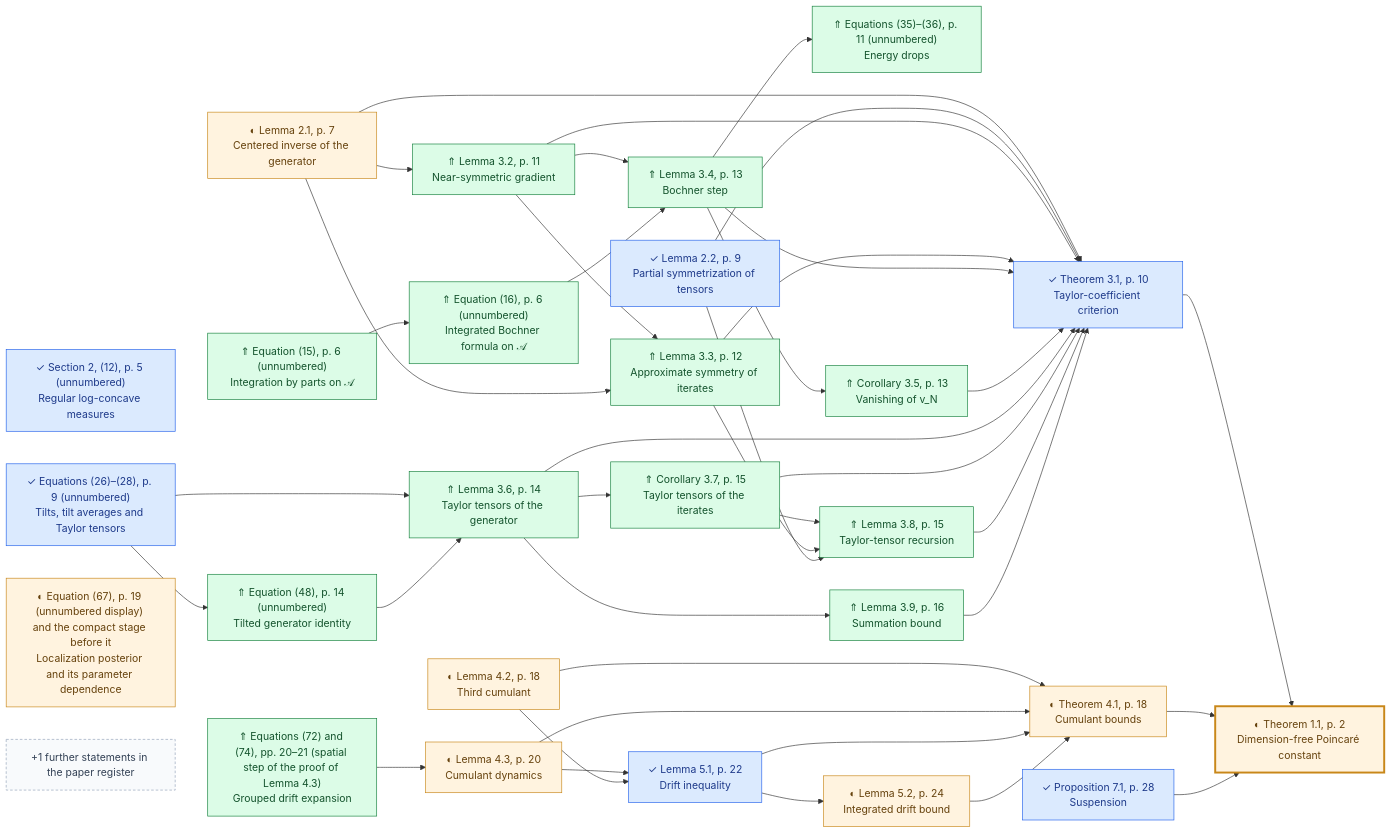
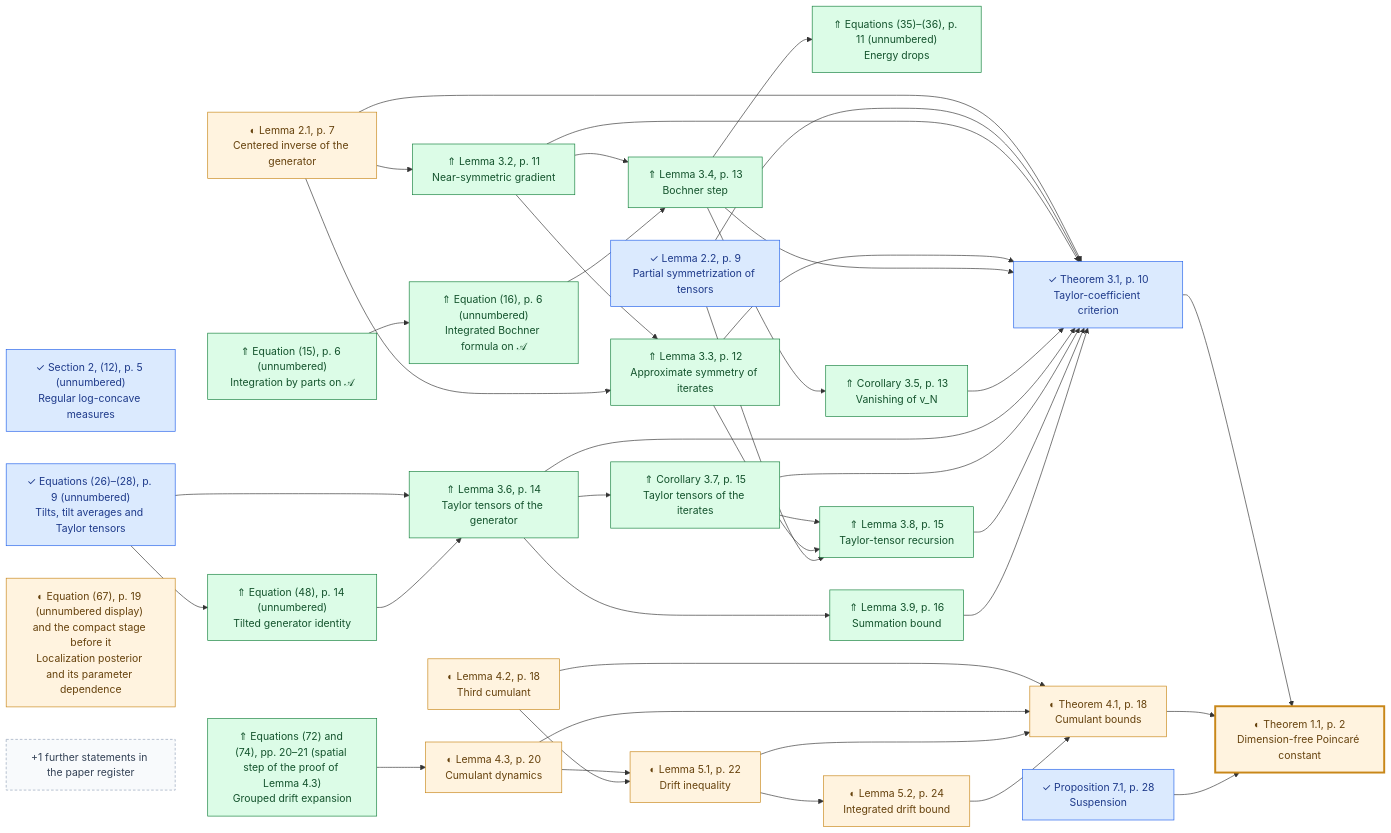
Before and after one commit to human-ai-mathematics/kls-lean: diagram 24 of 26 in research/progress/README.md, drawn with Mermaid. The commit also changed other lines of this file and 8 other files, not shown here.

First line of the commit message:
BKL Claude-controller batch 12: Lemma 5.1 in generator form, energy-form second order

````diff
--- a/research/progress/README.md
+++ b/research/progress/README.md
@@ -1236,76 +1236,76 @@
 ```mermaid
 flowchart LR
     BKL2026_T11["◐ Theorem 1.1, p. 2<br/>Dimension-free Poincaré constant"]
     BKL2026_L21["◐ Lemma 2.1, p. 7<br/>Centered inverse of the generator"]
     BKL2026_L22["✓ Lemma 2.2, p. 9<br/>Partial symmetrization of tensors"]
     BKL2026_T31["✓ Theorem 3.1, p. 10<br/>Taylor-coefficient criterion"]
     BKL2026_L32["⇑ Lemma 3.2, p. 11<br/>Near-symmetric gradient"]
     BKL2026_EQ3536["⇑ Equations (35)–(36), p. 11 (unnumbered)<br/>Energy drops"]
     BKL2026_L33["⇑ Lemma 3.3, p. 12<br/>Approximate symmetry of iterates"]
     BKL2026_L34["⇑ Lemma 3.4, p. 13<br/>Bochner step"]
     BKL2026_C35["⇑ Corollary 3.5, p. 13<br/>Vanishing of v_N"]
     BKL2026_L36["⇑ Lemma 3.6, p. 14<br/>Taylor tensors of the generator"]
     BKL2026_C37["⇑ Corollary 3.7, p. 15<br/>Taylor tensors of the iterates"]
     BKL2026_L38["⇑ Lemma 3.8, p. 15<br/>Taylor-tensor recursion"]
     BKL2026_L39["⇑ Lemma 3.9, p. 16<br/>Summation bound"]
     BKL2026_T41["◐ Theorem 4.1, p. 18<br/>Cumulant bounds"]
     BKL2026_L42["◐ Lemma 4.2, p. 18<br/>Third cumulant"]
     BKL2026_L43["◐ Lemma 4.3, p. 20<br/>Cumulant dynamics"]
     BKL2026_E7274["⇑ Equations (72) and (74), pp. 20–21 (spatial step of the proof of Lemma 4.3)<br/>Grouped drift expansion"]
-    BKL2026_L51["✓ Lemma 5.1, p. 22<br/>Drift inequality"]
+    BKL2026_L51["◐ Lemma 5.1, p. 22<br/>Drift inequality"]
     BKL2026_L52["◐ Lemma 5.2, p. 24<br/>Integrated drift bound"]
     BKL2026_P71["✓ Proposition 7.1, p. 28<br/>Suspension"]
     BKL2026_E12["✓ Section 2, (12), p. 5 (unnumbered)<br/>Regular log-concave measures"]
     BKL2026_E2628["✓ Equations (26)–(28), p. 9 (unnumbered)<br/>Tilts, tilt averages and Taylor tensors"]
     BKL2026_EQ15["⇑ Equation (15), p. 6 (unnumbered)<br/>Integration by parts on 𝒜"]
     BKL2026_EQ16["⇑ Equation (16), p. 6 (unnumbered)<br/>Integrated Bochner formula on 𝒜"]
     BKL2026_E48["⇑ Equation (48), p. 14 (unnumbered)<br/>Tilted generator identity"]
     BKL2026_E67["◐ Equation (67), p. 19 (unnumbered display) and the compact stage before it<br/>Localization posterior and its parameter dependence"]
     BKL2026_T31 --> BKL2026_T11
     BKL2026_T41 --> BKL2026_T11
     BKL2026_P71 --> BKL2026_T11
     BKL2026_L21 --> BKL2026_T31
     BKL2026_L22 --> BKL2026_T31
     BKL2026_L32 --> BKL2026_T31
     BKL2026_L33 --> BKL2026_T31
     BKL2026_L34 --> BKL2026_T31
     BKL2026_C35 --> BKL2026_T31
     BKL2026_L36 --> BKL2026_T31
     BKL2026_C37 --> BKL2026_T31
     BKL2026_L38 --> BKL2026_T31
     BKL2026_L39 --> BKL2026_T31
     BKL2026_L21 --> BKL2026_L32
     BKL2026_L34 --> BKL2026_EQ3536
     BKL2026_L32 --> BKL2026_L33
     BKL2026_L21 --> BKL2026_L33
     BKL2026_L32 --> BKL2026_L34
     BKL2026_EQ16 --> BKL2026_L34
     BKL2026_L34 --> BKL2026_C35
     BKL2026_E2628 --> BKL2026_L36
     BKL2026_E48 --> BKL2026_L36
     BKL2026_L36 --> BKL2026_C37
     BKL2026_C37 --> BKL2026_L38
     BKL2026_L33 --> BKL2026_L38
     BKL2026_L22 --> BKL2026_L38
     BKL2026_L36 --> BKL2026_L39
     BKL2026_L42 --> BKL2026_T41
     BKL2026_L43 --> BKL2026_T41
     BKL2026_L51 --> BKL2026_T41
     BKL2026_L52 --> BKL2026_T41
     BKL2026_E7274 --> BKL2026_L43
     BKL2026_L43 --> BKL2026_L51
     BKL2026_L42 --> BKL2026_L51
     BKL2026_L51 --> BKL2026_L52
     BKL2026_EQ15 --> BKL2026_EQ16
     BKL2026_E2628 --> BKL2026_E48
     BKL2026_more["+1 further statements in the paper register"]
     classDef lemma_formalized fill:#dbeafe,stroke:#2563eb,color:#1e3a8a;
-    class BKL2026_L22,BKL2026_T31,BKL2026_L51,BKL2026_P71,BKL2026_E12,BKL2026_E2628 lemma_formalized;
+    class BKL2026_L22,BKL2026_T31,BKL2026_P71,BKL2026_E12,BKL2026_E2628 lemma_formalized;
     classDef lemma_partial fill:#fff3df,stroke:#c88719,color:#66420d;
-    class BKL2026_T11,BKL2026_L21,BKL2026_T41,BKL2026_L42,BKL2026_L43,BKL2026_L52,BKL2026_E67 lemma_partial;
+    class BKL2026_T11,BKL2026_L21,BKL2026_T41,BKL2026_L42,BKL2026_L43,BKL2026_L51,BKL2026_L52,BKL2026_E67 lemma_partial;
     classDef lemma_improved fill:#dcfce7,stroke:#15803d,color:#14532d;
     class BKL2026_L32,BKL2026_EQ3536,BKL2026_L33,BKL2026_L34,BKL2026_C35,BKL2026_L36,BKL2026_C37,BKL2026_L38,BKL2026_L39,BKL2026_E7274,BKL2026_EQ15,BKL2026_EQ16,BKL2026_E48 lemma_improved;
     style BKL2026_T11 stroke-width:3px
     classDef lemma_more fill:#f8fafc,stroke:#94a3b8,color:#334155,stroke-dasharray:4 3;
     class BKL2026_more lemma_more;
 ```
````
